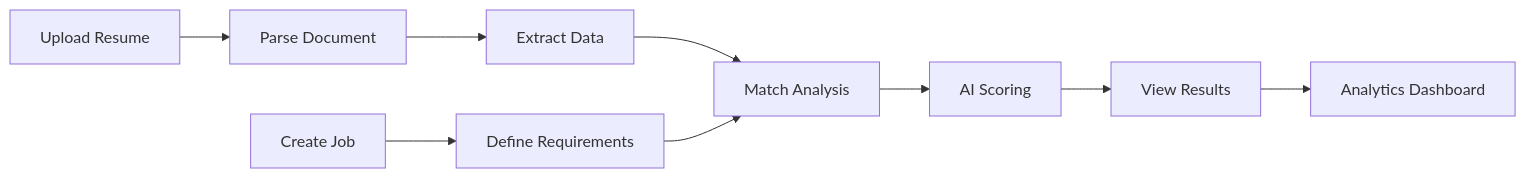
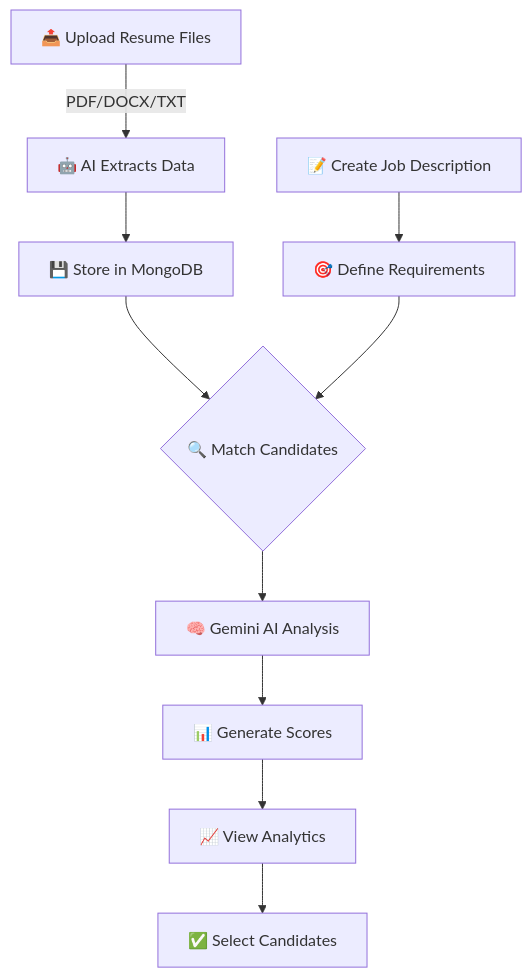
One commit to KshitizCodeHub/Smart-Resume-Screener changed the second of 2 diagrams in README.md. Above: the diagram before and after it, drawn with Mermaid. The commit also changed other lines of this file, not shown here.

Commit message:
Enhance README: Comprehensive documentation with visual diagrams, detailed API examples, and professional styling

````diff
--- a/README.md
+++ b/README.md
@@ -105,11 +354,12 @@
 ```mermaid
-graph LR
-    A[Upload Resume] --> B[Parse Document]
-    B --> C[Extract Data]
-    D[Create Job] --> E[Define Requirements]
-    C --> F[Match Analysis]
+graph TD
+    A[📤 Upload Resume Files] -->|PDF/DOCX/TXT| B[🤖 AI Extracts Data]
+    B --> C[💾 Store in MongoDB]
+    D[📝 Create Job Description] --> E[🎯 Define Requirements]
+    C --> F{🔍 Match Candidates}
     E --> F
-    F --> G[AI Scoring]
-    G --> H[View Results]
-    H --> I[Analytics Dashboard]
+    F --> G[🧠 Gemini AI Analysis]
+    G --> H[📊 Generate Scores]
+    H --> I[📈 View Analytics]
+    I --> J[✅ Select Candidates]
 ```
````
